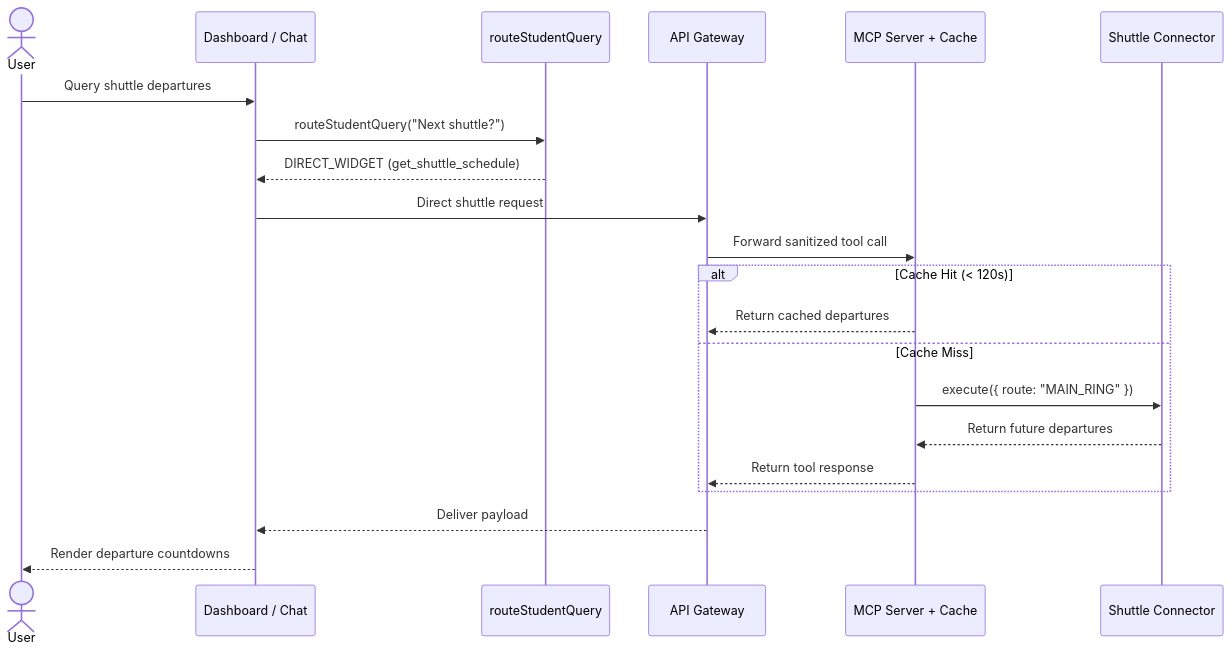
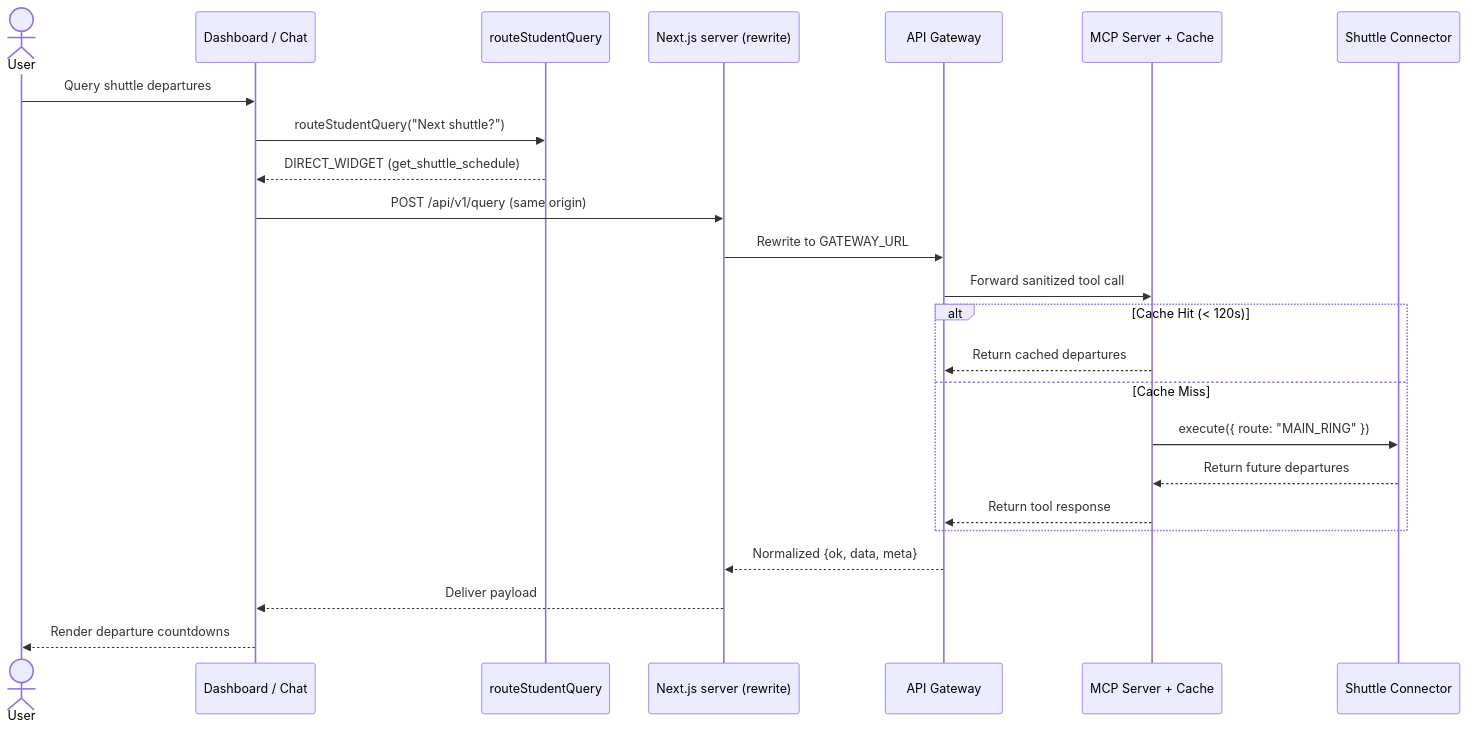
The seventh of 9 diagrams in docs/Design_Document.md (CPPpriest/BIL481-2026-Project), drawn with Mermaid before and after one commit. The commit also changed other lines of this file, not shown here.

````diff
--- a/docs/Design_Document.md
+++ b/docs/Design_Document.md
@@ -923,24 +1035,27 @@
 ```mermaid
 sequenceDiagram
     actor User
     participant UI as Dashboard / Chat
     participant Router as routeStudentQuery
+    participant NX as Next.js server (rewrite)
     participant Gateway as API Gateway
     participant MCP as MCP Server + Cache
     participant Shuttle as Shuttle Connector
 
     User->>UI: Query shuttle departures
     UI->>Router: routeStudentQuery("Next shuttle?")
     Router-->>UI: DIRECT_WIDGET (get_shuttle_schedule)
-    UI->>Gateway: Direct shuttle request
+    UI->>NX: POST /api/v1/query (same origin)
+    NX->>Gateway: Rewrite to GATEWAY_URL
     Gateway->>MCP: Forward sanitized tool call
     alt Cache Hit (< 120s)
         MCP-->>Gateway: Return cached departures
     else Cache Miss
         MCP->>Shuttle: execute({ route: "MAIN_RING" })
         Shuttle-->>MCP: Return future departures
         MCP-->>Gateway: Return tool response
     end
-    Gateway-->>UI: Deliver payload
+    Gateway-->>NX: Normalized {ok, data, meta}
+    NX-->>UI: Deliver payload
     UI-->>User: Render departure countdowns
 ```
````
